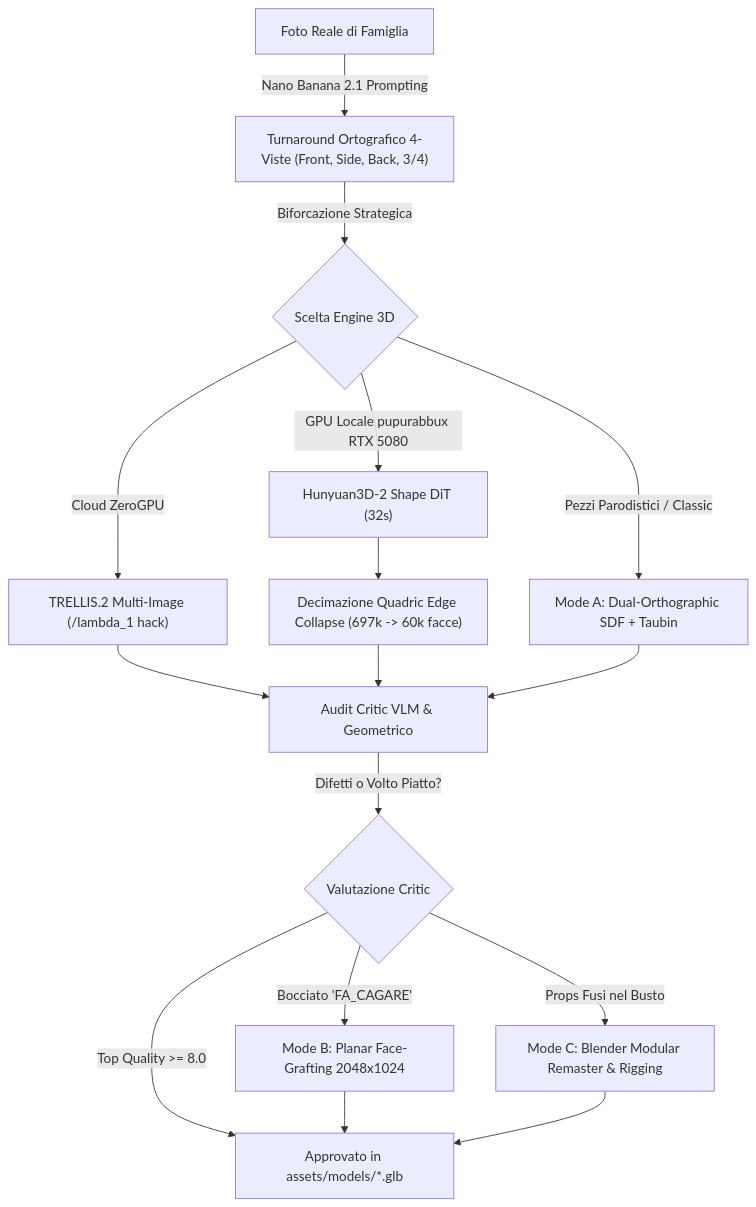
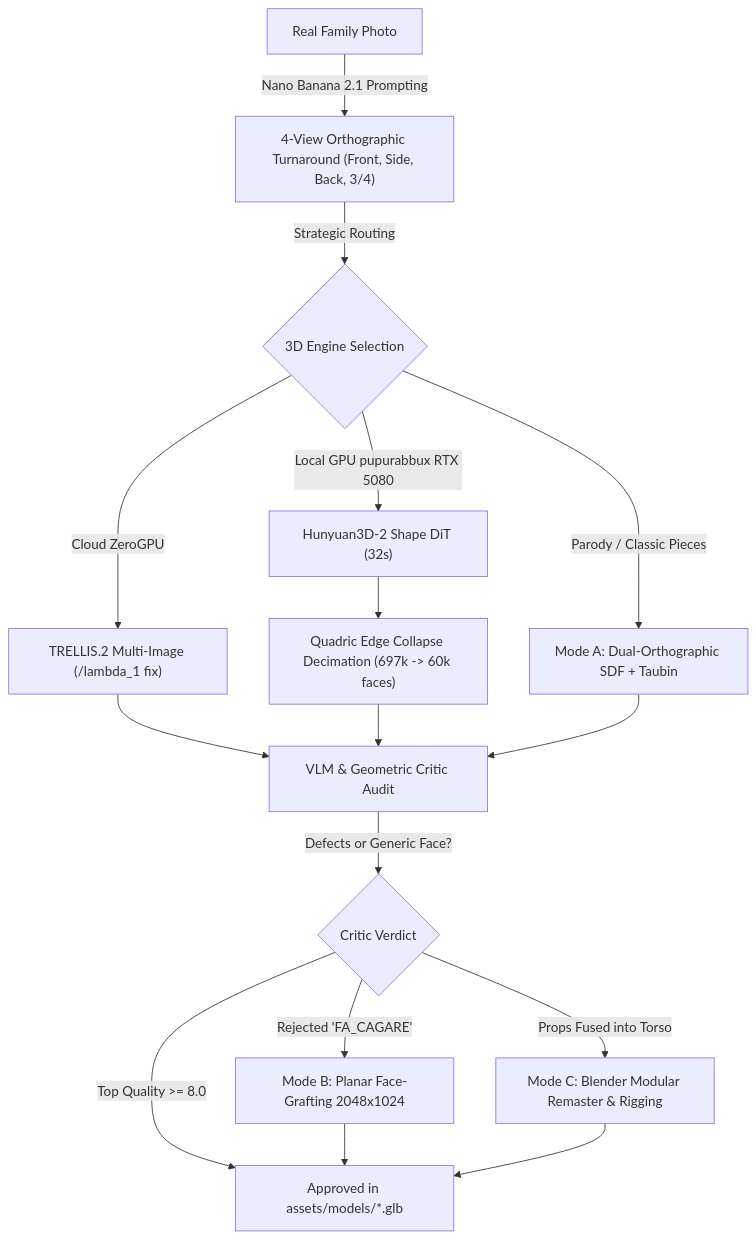
Before and after one commit to palladius/carchess3d: the first of 2 diagrams in article/ARTICLE.md, drawn with Mermaid. The commit also changed other lines of this file and 12 other files, not shown here.

````diff
--- a/article/ARTICLE.md
+++ b/article/ARTICLE.md
@@ -128,18 +155,18 @@
 ```mermaid
 graph TD
-    A["Foto Reale di Famiglia"] -->|Nano Banana 2.1 Prompting| B["Turnaround Ortografico 4-Viste (Front, Side, Back, 3/4)"]
-    B -->|Biforcazione Strategica| C{"Scelta Engine 3D"}
-    C -->|Cloud ZeroGPU| D["TRELLIS.2 Multi-Image (/lambda_1 hack)"]
-    C -->|GPU Locale pupurabbux RTX 5080| E["Hunyuan3D-2 Shape DiT (32s)"]
-    C -->|Pezzi Parodistici / Classic| F["Mode A: Dual-Orthographic SDF + Taubin"]
-    E --> G["Decimazione Quadric Edge Collapse (697k -> 60k facce)"]
-    D --> H["Audit Critic VLM & Geometrico"]
+    A["Real Family Photo"] -->|Nano Banana 2.1 Prompting| B["4-View Orthographic Turnaround (Front, Side, Back, 3/4)"]
+    B -->|Strategic Routing| C{"3D Engine Selection"}
+    C -->|Cloud ZeroGPU| D["TRELLIS.2 Multi-Image (/lambda_1 fix)"]
+    C -->|Local GPU pupurabbux RTX 5080| E["Hunyuan3D-2 Shape DiT (32s)"]
+    C -->|Parody / Classic Pieces| F["Mode A: Dual-Orthographic SDF + Taubin"]
+    E --> G["Quadric Edge Collapse Decimation (697k -> 60k faces)"]
+    D --> H["VLM & Geometric Critic Audit"]
     G --> H
     F --> H
-    H -->|Difetti o Volto Piatto?| I{"Valutazione Critic"}
-    I -->|Top Quality >= 8.0| J["Approvato in assets/models/*.glb"]
-    I -->|Bocciato 'FA_CAGARE'| K["Mode B: Planar Face-Grafting 2048x1024"]
-    I -->|Props Fusi nel Busto| L["Mode C: Blender Modular Remaster & Rigging"]
+    H -->|Defects or Generic Face?| I{"Critic Verdict"}
+    I -->|Top Quality >= 8.0| J["Approved in assets/models/*.glb"]
+    I -->|Rejected 'FA_CAGARE'| K["Mode B: Planar Face-Grafting 2048x1024"]
+    I -->|Props Fused into Torso| L["Mode C: Blender Modular Remaster & Rigging"]
     K --> J
     L --> J
 ```
````
